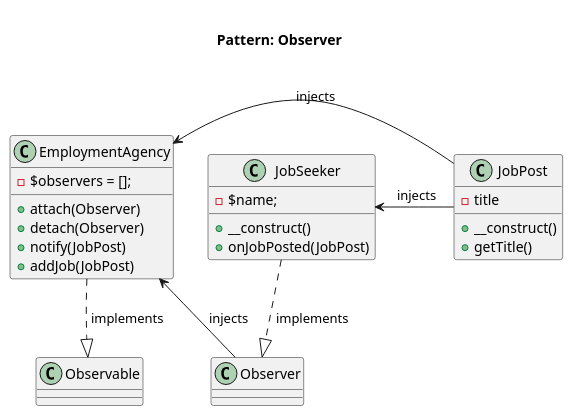
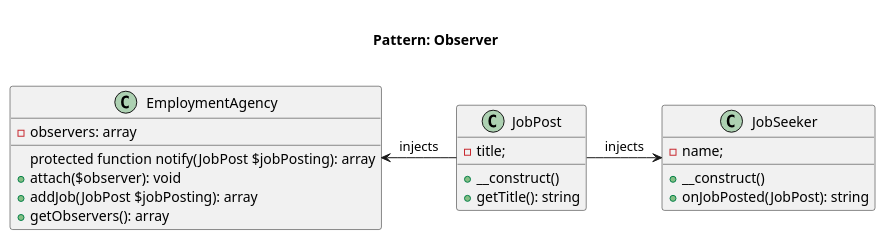
Before and after one commit to rosselli/design-patterns-implemented.concepts: the diagram in patterns/behavioral/observer/kamran-ahmed/diagram.pu, drawn with PlantUML. The commit also changed 11 other files, not shown here.

```diff
--- a/patterns/behavioral/observer/kamran-ahmed/diagram.pu
+++ b/patterns/behavioral/observer/kamran-ahmed/diagram.pu
@@ -1,30 +1,30 @@
 @startuml
 	Title <size:20>\nPattern: Observer\n
 
-    class JobPost {
-		- title
+	class JobPost {
+		- title;
 		+ __construct()
-		+ getTitle()
-    }
+		+ getTitle(): string
+	}
 
 	class JobSeeker {
-		- $name;
+		- name;
 		+ __construct()
-		+ onJobPosted(JobPost)
+		+ onJobPosted(JobPost): string
 	}
 
 	class EmploymentAgency {
-		- $observers = [];
-		+ attach(Observer)
-		+ detach(Observer)
-		+ notify(JobPost)
-		+ addJob(JobPost)
+		- observers: array
+		protected function notify(JobPost $jobPosting): array
+		+ attach($observer): void
+		+ addJob(JobPost $jobPosting): array
+		+ getObservers(): array
 	}
 
-    JobSeeker ..|> Observer: " implements"
-    JobPost -left-> JobSeeker: " injects"
-    EmploymentAgency ..|> Observable: " implements"
-    JobPost -left-> EmploymentAgency: " injects"
-    Observer -left-> EmploymentAgency: " injects"
+	JobPost -right-> JobSeeker: injects
+	JobPost -left-> EmploymentAgency: injects
+
+
+
 
 @enduml
```
